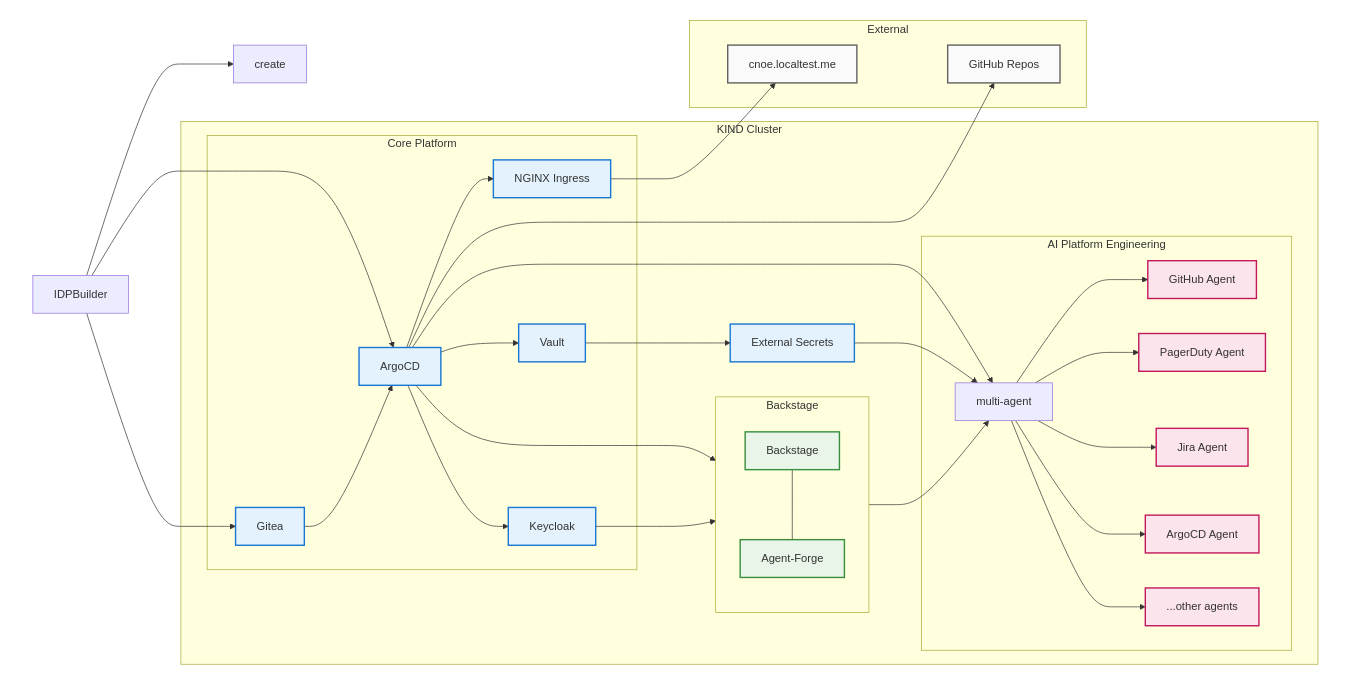
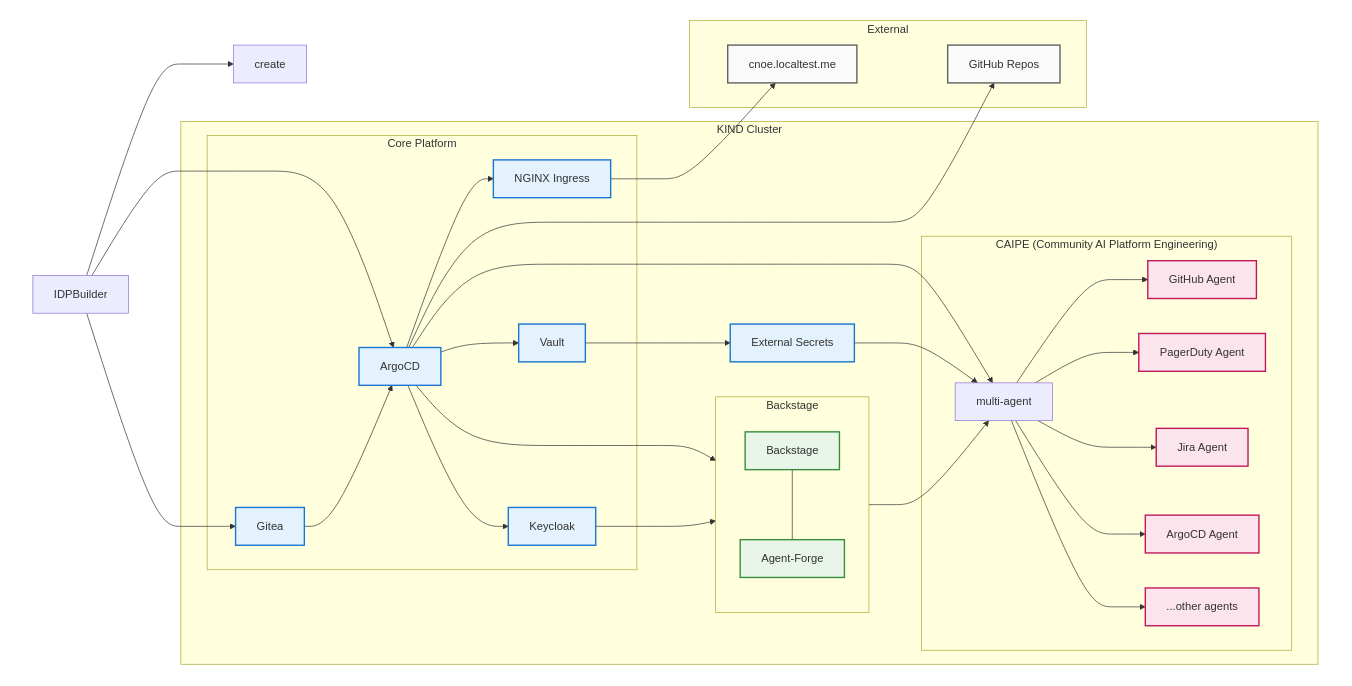
Before and after one commit to tensai828/ai-driven-platform-operations: the diagram in docs/docs/getting-started/idpbuilder/setup.md, drawn with Mermaid. The commit also changed other lines of this file and 30 other files, not shown here.

````diff
--- a/docs/docs/getting-started/idpbuilder/setup.md
+++ b/docs/docs/getting-started/idpbuilder/setup.md
@@ -18,80 +18,80 @@
 ```mermaid
 flowchart LR
     subgraph WHITEBG[" "]
         direction LR
         create
         IDB[IDPBuilder] --> create
         IDB --> AC
         IDB --> GITEA
 
         subgraph KIND["KIND Cluster"]
         subgraph CORE["Core Platform"]
             AC[ArgoCD]
             GITEA[Gitea]
             IG[NGINX Ingress]
             V[Vault]
             KC[Keycloak]
         end
 
         subgraph PORTAL["Backstage"]
             direction TB
             BS[Backstage]
             AF[Agent-Forge]
             BS --- AF
         end
 
-        subgraph AIPLATFORM["AI Platform Engineering"]
+        subgraph AIPLATFORM["CAIPE (Community AI Platform Engineering)"]
             MA[multi-agent]
             A1[GitHub Agent]
             A2[PagerDuty Agent]
             A3[Jira Agent]
             A4[ArgoCD Agent]
             A5["...other agents"]
         end
 
         ES[External Secrets]
     end
 
     subgraph EXT["External"]
         LT[cnoe.localtest.me] ~~~ GH[GitHub Repos]
     end
 
     %% Key relationships only
     GITEA --> AC
     AC --> BS
     AC --> MA
     AC --> KC
     AC --> V
     AC --> IG
 
     KC --> BS
     V --> ES
     ES --> MA
 
     AF --> MA
     MA --> A1
     MA --> A2
     MA --> A3
     MA --> A4
     MA --> A5
 
         %% External connections
         AC --> GH
         IG --> LT
     end
 
     %% Styling
     classDef core fill:#e3f2fd,stroke:#1976d2,stroke-width:2px
     classDef portal fill:#e8f5e8,stroke:#388e3c,stroke-width:2px
     classDef ai fill:#fff8e1,stroke:#f57c00,stroke-width:2px
     classDef agents fill:#fce4ec,stroke:#c2185b,stroke-width:2px
     classDef external fill:#fafafa,stroke:#616161,stroke-width:2px
     classDef whitebg fill:#ffffff,stroke:#ffffff,stroke-width:0px
 
     class AC,GITEA,IG,V,KC,ES core
     class BS,AF portal
     class AIPE ai
     class A1,A2,A3,A4,A5 agents
     class LT,GH external
     class WHITEBG whitebg
 ```
````
